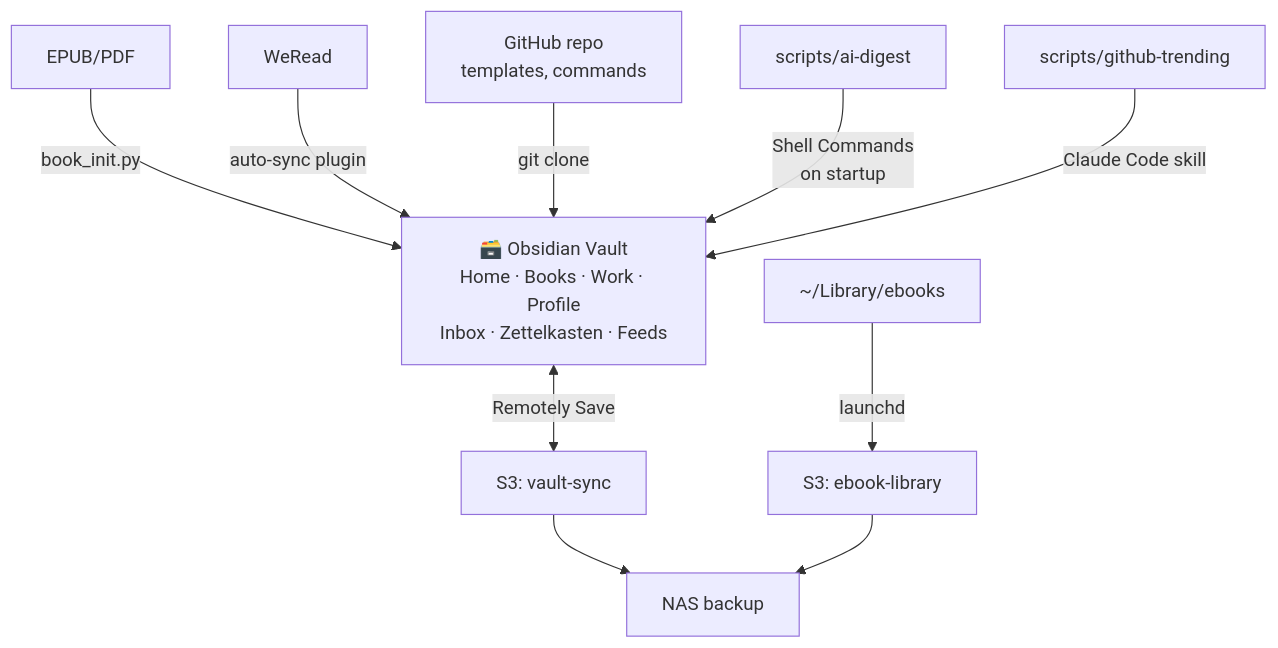
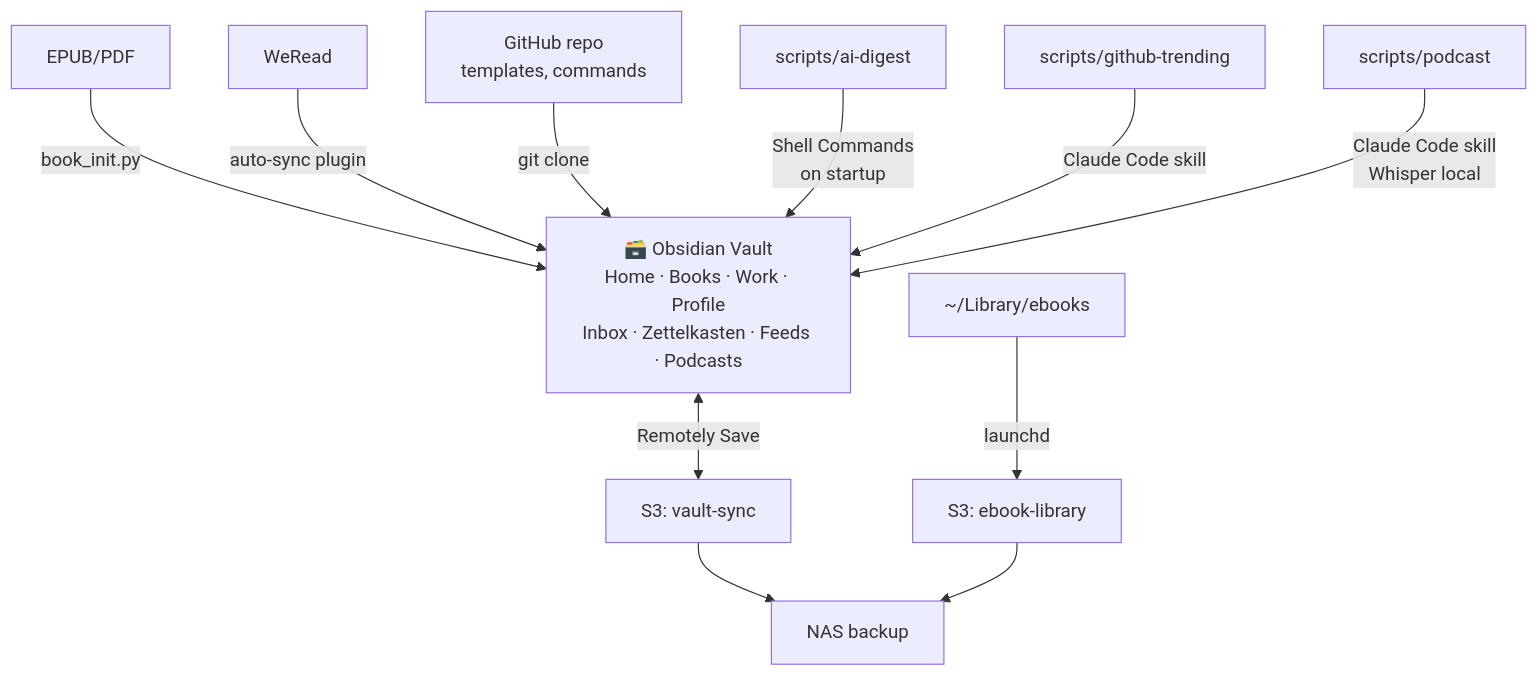
One commit to yepengfan/obsidian-workflow changed the first of 3 diagrams in README.md. Above: the diagram before and after it, drawn with Mermaid. The commit also changed other lines of this file and 28 other files, not shown here.

First line of the commit message:
feat: synced transcript, Whisper fix, robust enrich & Podcasts tab (#71)

````diff
--- a/README.md
+++ b/README.md
@@ -61,15 +73,16 @@
 ```mermaid
 graph TD
     EPUB[EPUB/PDF] -->|book_init.py| Vault
     WR[WeRead] -->|auto-sync plugin| Vault
     SYS[GitHub repo<br/>templates, commands] -->|git clone| Vault
     DIGEST[scripts/ai-digest] -->|Shell Commands<br/>on startup| Vault
     GHTREND[scripts/github-trending] -->|Claude Code skill| Vault
+    POD[scripts/podcast] -->|Claude Code skill<br/>Whisper local| Vault
 
-    Vault["🗃️ Obsidian Vault<br/>Home · Books · Work · Profile<br/>Inbox · Zettelkasten · Feeds"]
+    Vault["🗃️ Obsidian Vault<br/>Home · Books · Work · Profile<br/>Inbox · Zettelkasten · Feeds · Podcasts"]
 
     Vault <-->|Remotely Save| S3V[S3: vault-sync]
     EBOOKS[~/Library/ebooks] -->|launchd| S3E[S3: ebook-library]
     S3V --> BACKUP[NAS backup]
     S3E --> BACKUP
 ```
````
